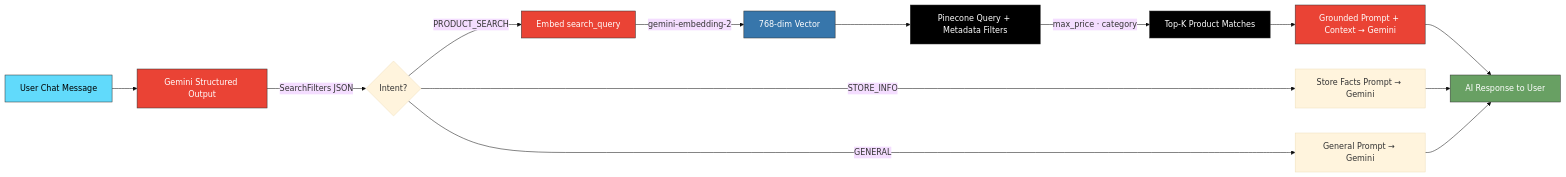
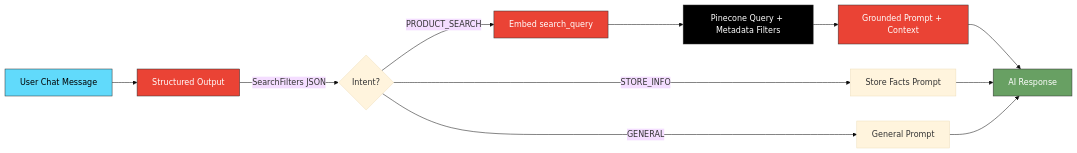
The first of 2 diagrams in README.md (dhp-exe/e-commercial-project), drawn with Mermaid (base theme) before and after one commit. The commit also changed other lines of this file and 94 other files, not shown here.

````diff
--- a/README.md
+++ b/README.md
@@ -153,24 +105,24 @@
 ```mermaid
+---
+config:
+  layout: fixed
+---
 flowchart LR
-    A[User Chat Message] --> B[Gemini Structured Output]
-    B -->|SearchFilters JSON| C{Intent?}
-    C -->|STORE_INFO| D[Store Facts Prompt → Gemini]
-    C -->|GENERAL| E[General Prompt → Gemini]
-    C -->|PRODUCT_SEARCH| F[Embed search_query]
-    F -->|gemini-embedding-2| G[768-dim Vector]
-    G --> H[Pinecone Query + Metadata Filters]
-    H -->|max_price · category| I[Top-K Product Matches]
-    I --> J[Grounded Prompt + Context → Gemini]
-    J --> K[AI Response to User]
+    A["User Chat Message"] --> B["Structured Output"]
+    B -- SearchFilters JSON --> C{"Intent?"}
+    C -- STORE_INFO --> D["Store Facts Prompt"]
+    C -- GENERAL --> E["General Prompt"]
+    F["Embed search_query"] --> H["Pinecone Query + Metadata Filters"]
+    H --> J["Grounded Prompt + Context"]
+    J --> K["AI Response"]
     D --> K
     E --> K
+    C -- PRODUCT_SEARCH --> F
 
     style A fill:#61dafb,stroke:#333,color:#000
     style B fill:#ea4335,stroke:#333,color:#fff
     style F fill:#ea4335,stroke:#333,color:#fff
-    style G fill:#3776ab,stroke:#333,color:#fff
     style H fill:#000000,stroke:#333,color:#fff
-    style I fill:#000000,stroke:#333,color:#fff
     style J fill:#ea4335,stroke:#333,color:#fff
     style K fill:#68a063,stroke:#333,color:#fff
 ```
````
